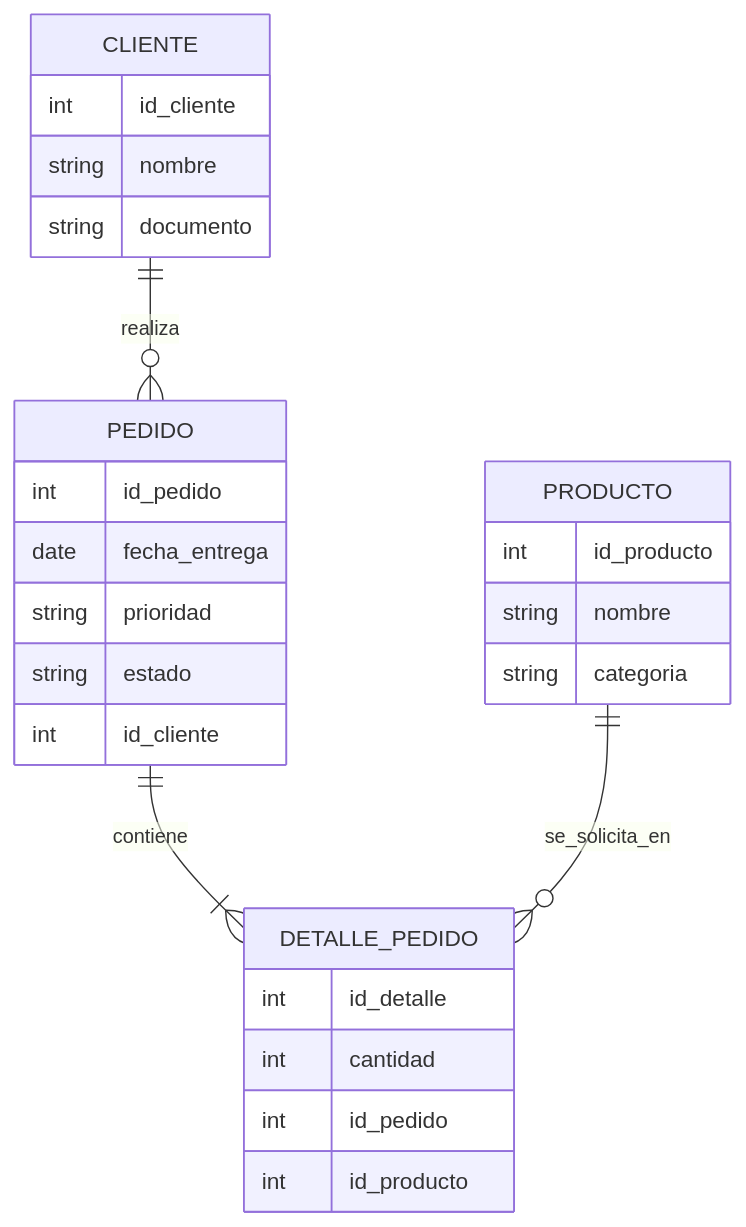
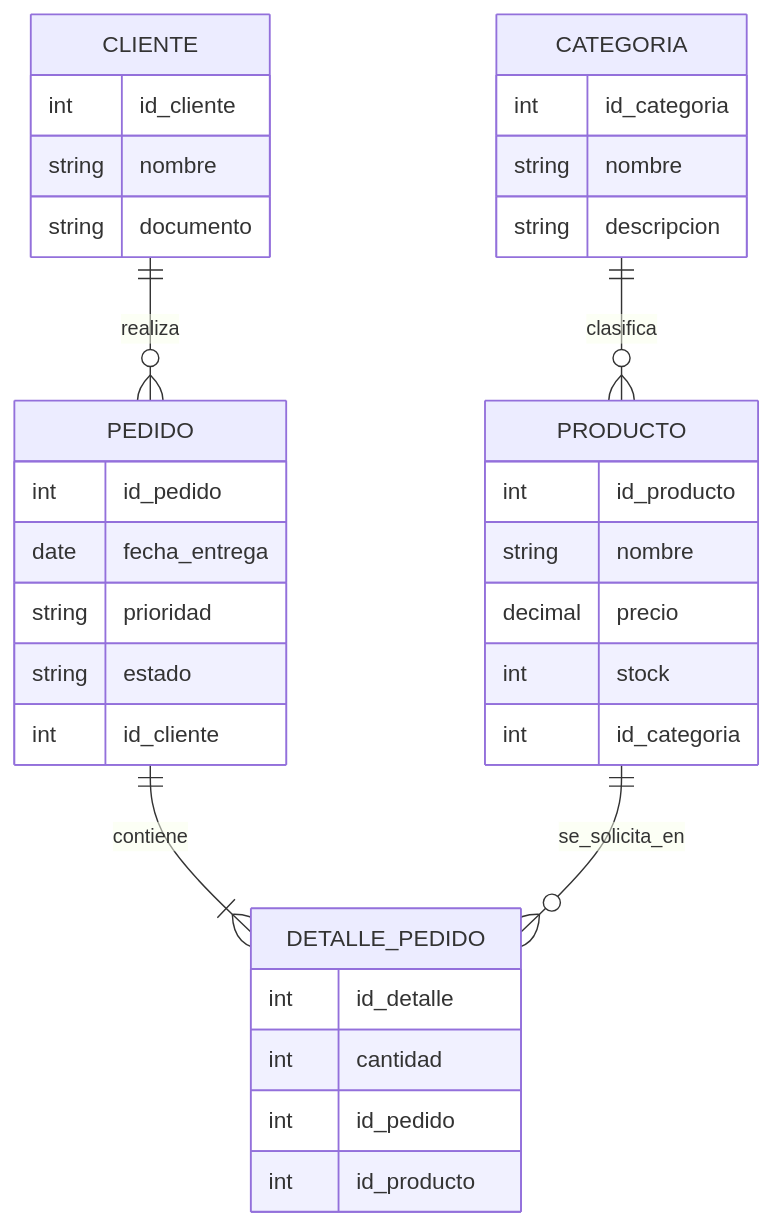
The diagram in docs/proyecto-integrador/u1/bd1-producto.md (262ciclo3/bomstart), drawn with Mermaid before and after one commit. The commit also changed other lines of this file and 14 other files, not shown here.

````diff
--- a/docs/proyecto-integrador/u1/bd1-producto.md
+++ b/docs/proyecto-integrador/u1/bd1-producto.md
@@ -32,33 +34,42 @@
 ```mermaid
 erDiagram
     CLIENTE ||--o{ PEDIDO : realiza
     PEDIDO ||--|{ DETALLE_PEDIDO : contiene
     PRODUCTO ||--o{ DETALLE_PEDIDO : se_solicita_en
+    CATEGORIA ||--o{ PRODUCTO : clasifica
 
     CLIENTE {
         int id_cliente
         string nombre
         string documento
     }
 
     PRODUCTO {
         int id_producto
         string nombre
-        string categoria
+        decimal precio
+        int stock
+        int id_categoria
+    }
+
+    CATEGORIA {
+        int id_categoria
+        string nombre
+        string descripcion
     }
 
     PEDIDO {
         int id_pedido
         date fecha_entrega
         string prioridad
         string estado
         int id_cliente
     }
 
     DETALLE_PEDIDO {
         int id_detalle
         int cantidad
         int id_pedido
         int id_producto
     }
 ```
````
